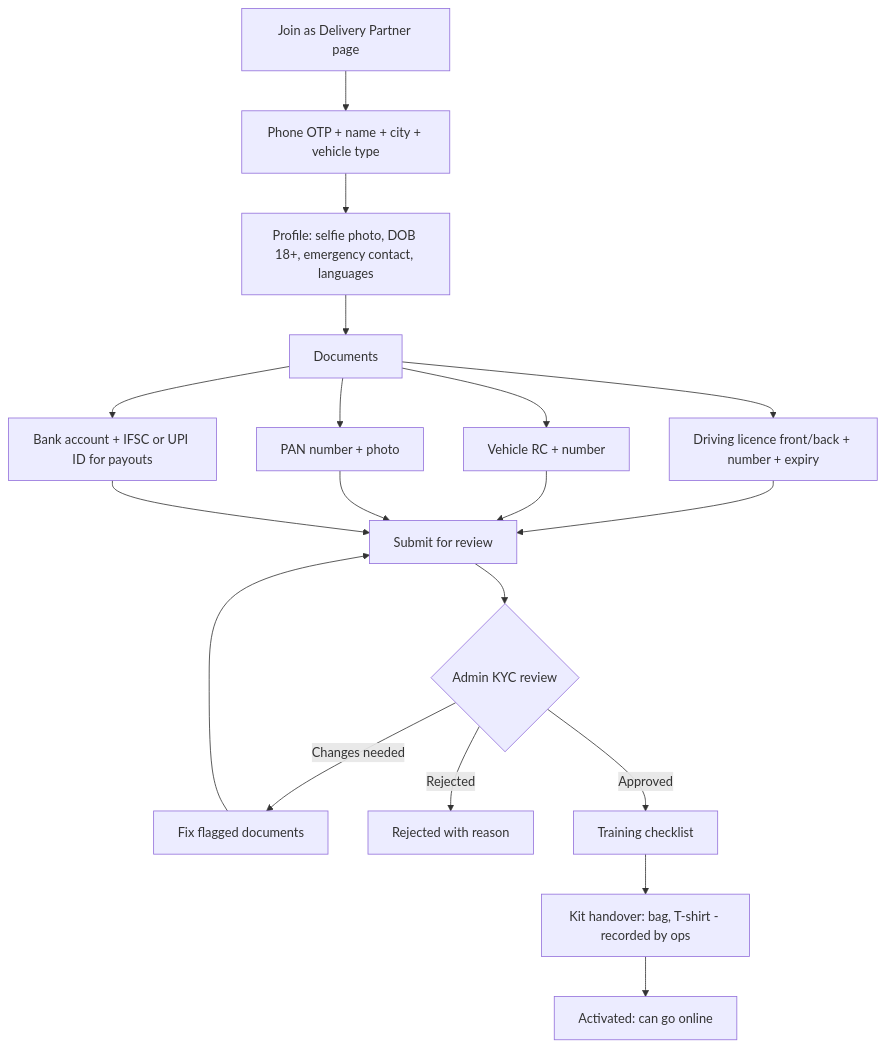
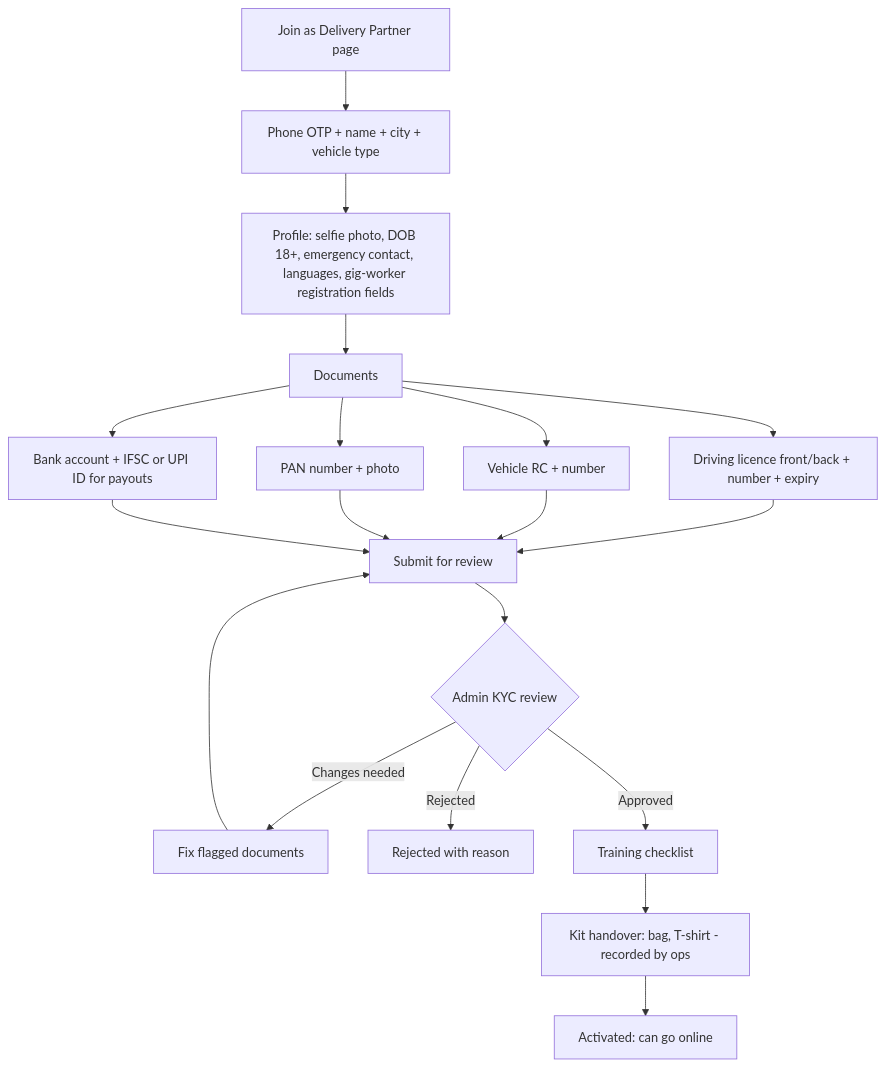
One commit to storetmobiles2-code/rovo changed the first of 4 diagrams in docs/planning/06-delivery-workflow.md. Above: the diagram before and after it, drawn with Mermaid. The commit also changed other lines of this file and 11 other files, not shown here.

````diff
--- a/docs/planning/06-delivery-workflow.md
+++ b/docs/planning/06-delivery-workflow.md
@@ -31,17 +39,17 @@
 ```mermaid
 flowchart TD
     A[Join as Delivery Partner page] --> B[Phone OTP + name + city + vehicle type]
-    B --> C[Profile: selfie photo, DOB 18+, emergency contact, languages]
+    B --> C[Profile: selfie photo, DOB 18+, emergency contact, languages, gig-worker registration fields]
     C --> D[Documents]
     D --> D1[Driving licence front/back + number + expiry]
     D --> D2[Vehicle RC + number]
     D --> D3[PAN number + photo]
     D --> D4[Bank account + IFSC or UPI ID for payouts]
     D1 & D2 & D3 & D4 --> E[Submit for review]
     E --> F{Admin KYC review}
     F -- Changes needed --> G[Fix flagged documents] --> E
     F -- Rejected --> H[Rejected with reason]
     F -- Approved --> I[Training checklist]
     I --> J[Kit handover: bag, T-shirt - recorded by ops]
     J --> K[Activated: can go online]
 ```
````
